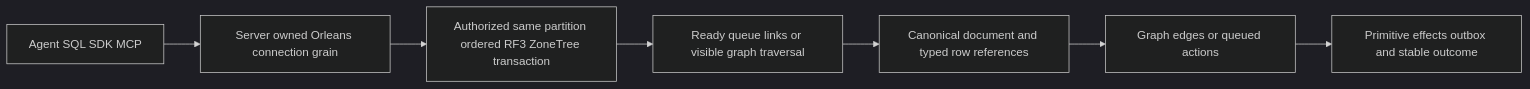
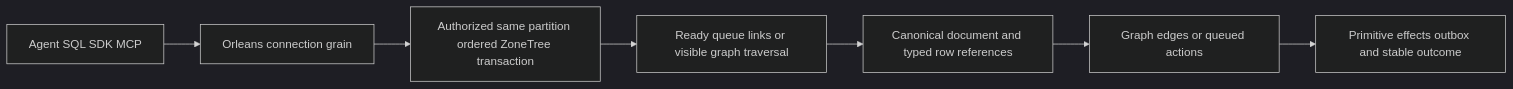
Before and after one commit to managedcode/KeyLoad: the first of 30 diagrams in docs/Architecture.md, drawn with Mermaid (dark theme). The commit also changed other lines of this file and 7356 other files, not shown here.

````diff
--- a/docs/Architecture.md
+++ b/docs/Architecture.md
@@ -108,9 +33,9 @@
 ```mermaid
 flowchart LR
-    Caller[Agent SQL SDK MCP] --> Connection[Server owned Orleans connection grain]
-    Connection --> Tx[Authorized same partition ordered RF3 ZoneTree transaction]
+    Caller[Agent SQL SDK MCP] --> Connection[Orleans connection grain]
+    Connection --> Tx[Authorized same partition ordered ZoneTree transaction]
     Tx --> Source[Ready queue links or visible graph traversal]
     Source --> Refs[Canonical document and typed row references]
     Refs --> Effects[Graph edges or queued actions]
     Effects --> Atomic[Primitive effects outbox and stable outcome]
 ```
````
